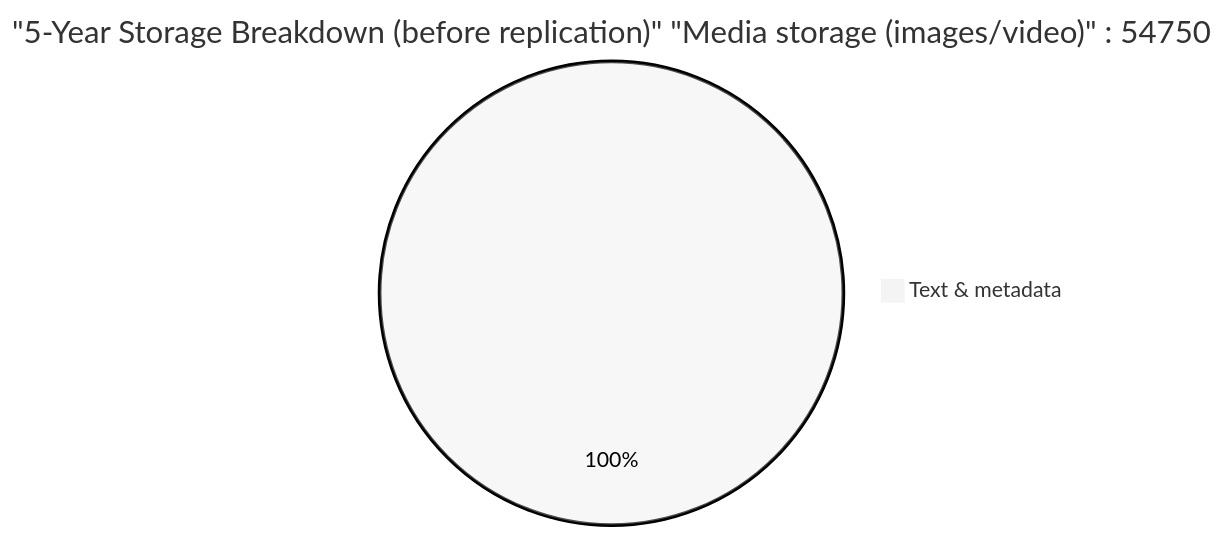
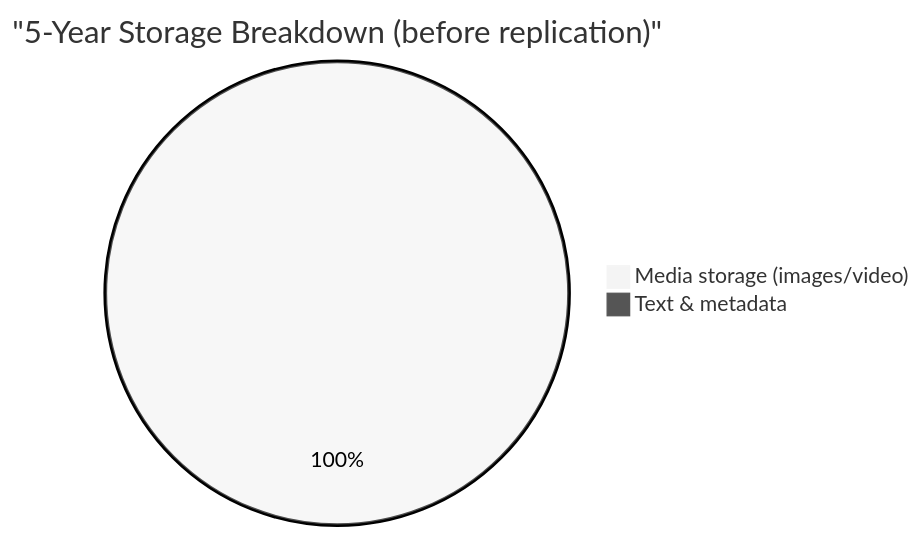
The sixth of 10 diagrams in content/posts/2026/back-of-the-envelope-estimation.md (devops-monk/system-design-blog), drawn with Mermaid (neutral theme) before and after one commit. The commit also changed other lines of this file and 4 other files, not shown here.

First line of the commit message:
fix(diagrams): repair mermaid blocks broken by the emoji strip

````diff
--- a/content/posts/2026/back-of-the-envelope-estimation.md
+++ b/content/posts/2026/back-of-the-envelope-estimation.md
@@ -390,4 +392,5 @@
 ```mermaid
-pie title "5-Year Storage Breakdown (before replication)" "Media storage (images/video)" : 54750
+pie title "5-Year Storage Breakdown (before replication)"
+    "Media storage (images/video)" : 54750
     "Text & metadata" : 109
 ```
````
